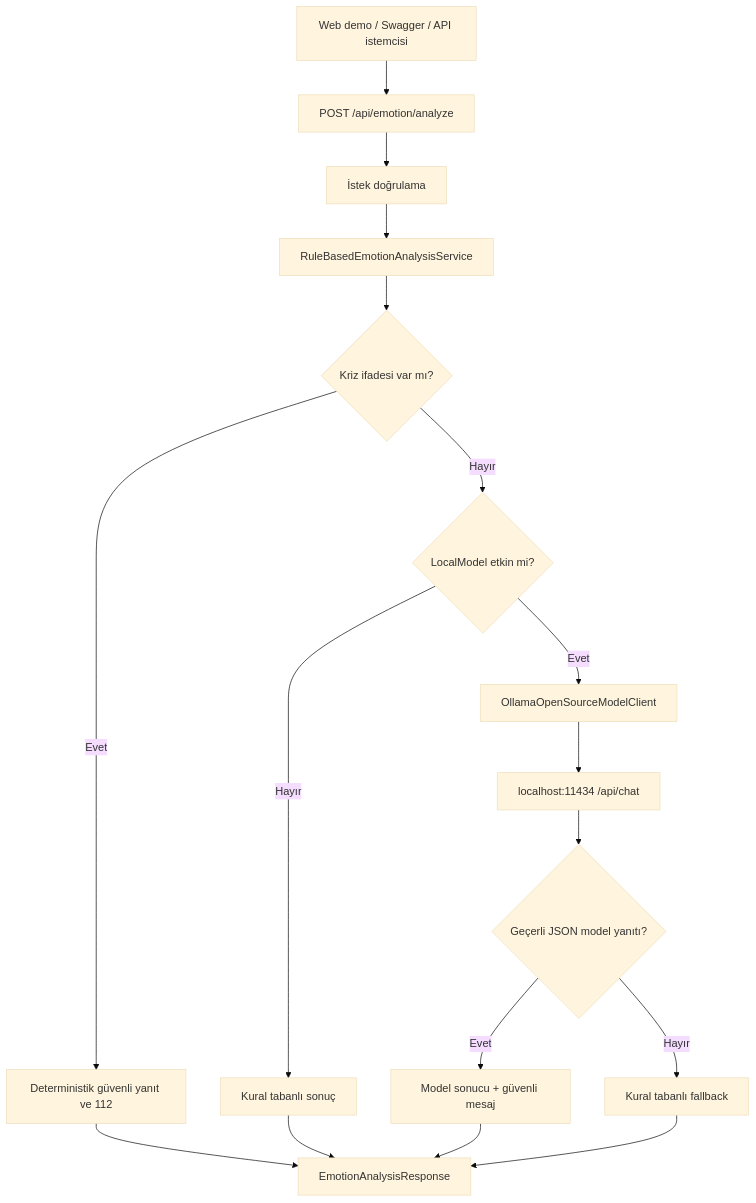
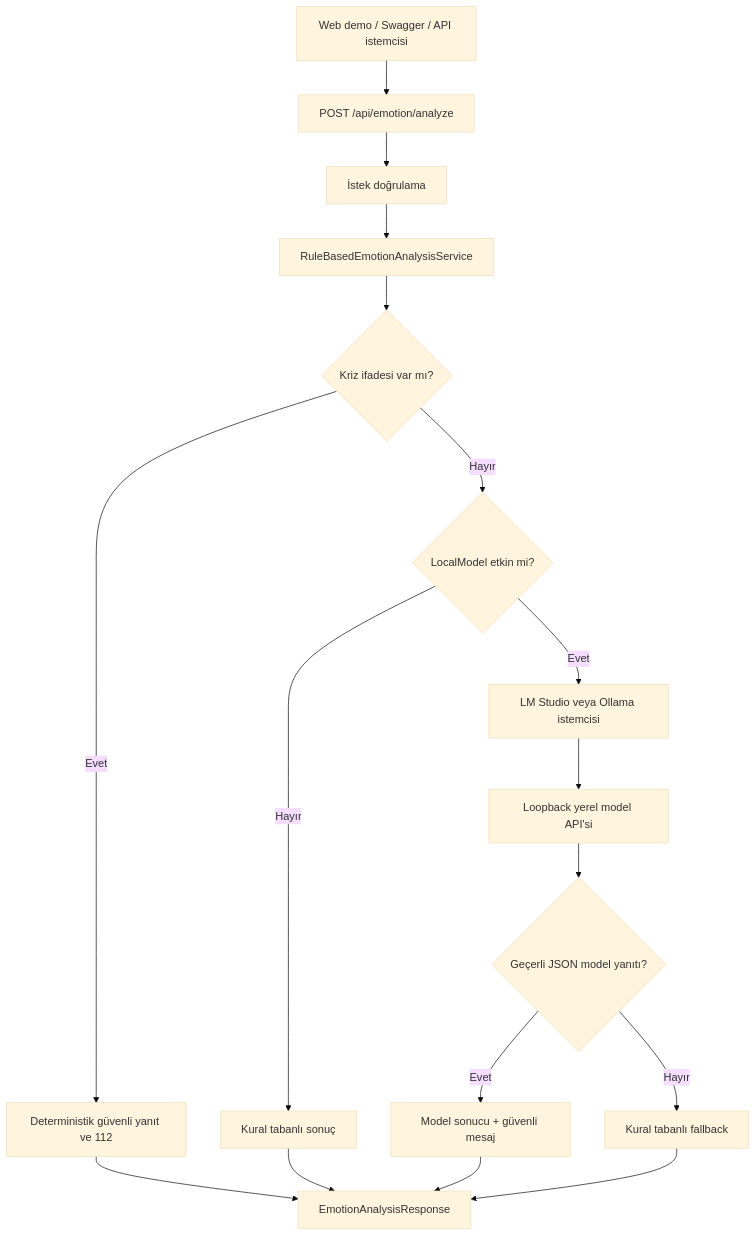
One commit to petrofi/darklove-local-ai-module changed the diagram in docs/architecture.md. Above: the diagram before and after it, drawn with Mermaid (base theme). The commit also changed other lines of this file and 28 other files, not shown here.

Commit message:
Add local model manager and LM Studio support

````diff
--- a/docs/architecture.md
+++ b/docs/architecture.md
@@ -9,19 +9,19 @@
 ```mermaid
 flowchart TD
     A["Web demo / Swagger / API istemcisi"] --> B["POST /api/emotion/analyze"]
     B --> C["İstek doğrulama"]
     C --> D["RuleBasedEmotionAnalysisService"]
     D --> E{"Kriz ifadesi var mı?"}
     E -- Evet --> F["Deterministik güvenli yanıt ve 112"]
     E -- Hayır --> G{"LocalModel etkin mi?"}
     G -- Hayır --> H["Kural tabanlı sonuç"]
-    G -- Evet --> I["OllamaOpenSourceModelClient"]
-    I --> J["localhost:11434 /api/chat"]
+    G -- Evet --> I["LM Studio veya Ollama istemcisi"]
+    I --> J["Loopback yerel model API'si"]
     J --> K{"Geçerli JSON model yanıtı?"}
     K -- Evet --> L["Model sonucu + güvenli mesaj"]
     K -- Hayır --> M["Kural tabanlı fallback"]
     F --> N["EmotionAnalysisResponse"]
     H --> N
     L --> N
     M --> N
 ```
````
